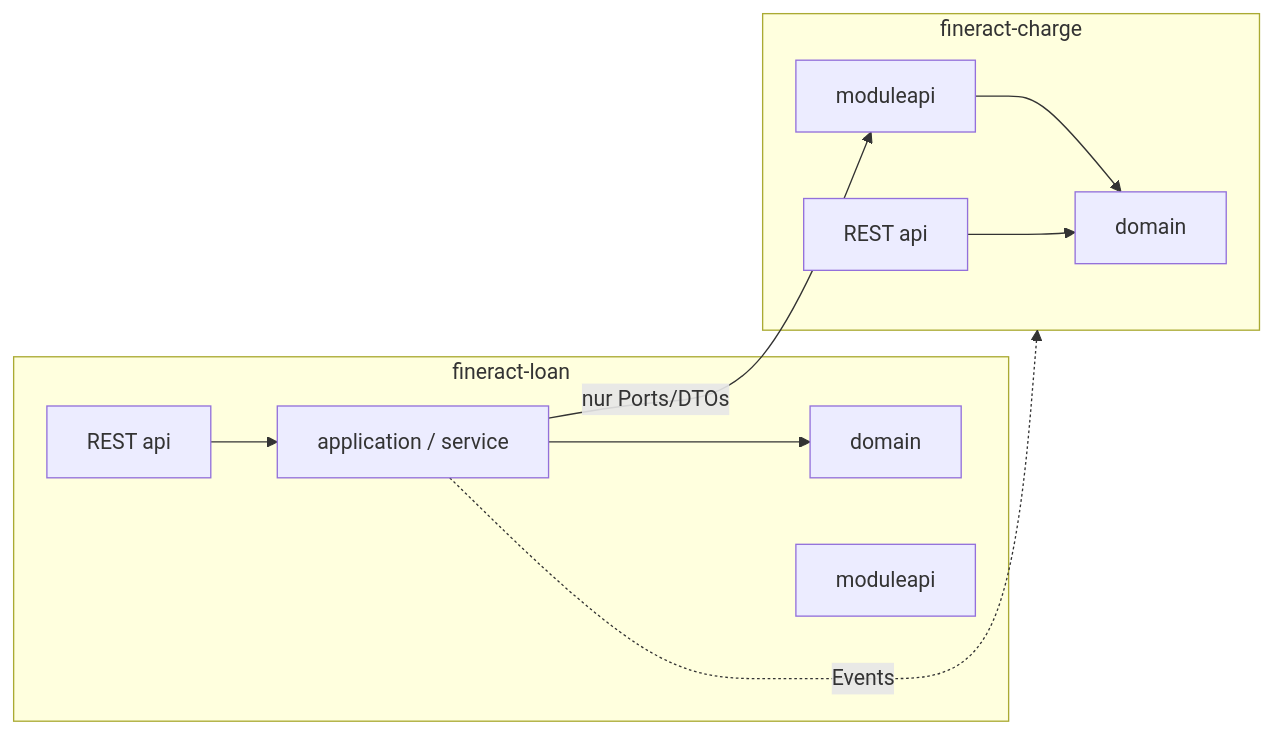
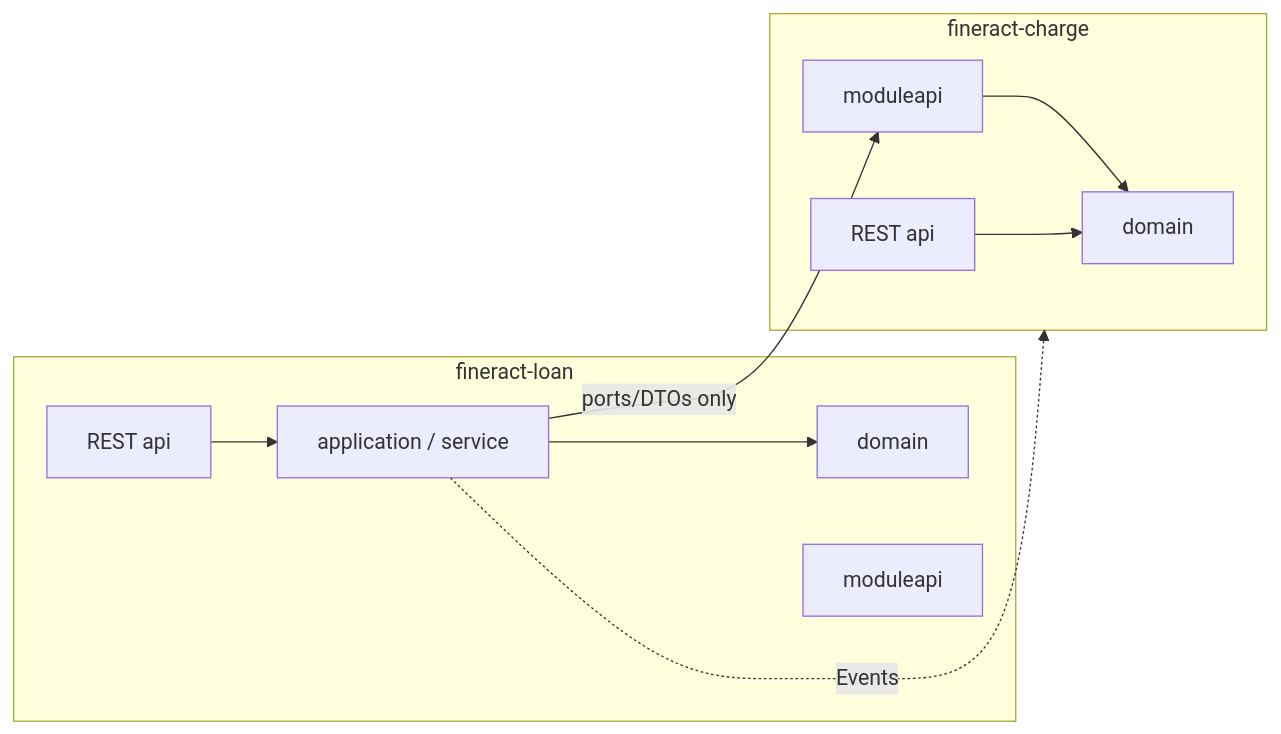
One commit to RainerMaxWallscheid/fineract-osgi changed the diagram in docs/arc42/14_module_api_boundaries.md. Above: the diagram before and after it, drawn with Mermaid. The commit also changed other lines of this file and 38 other files, not shown here.

````diff
--- a/docs/arc42/14_module_api_boundaries.md
+++ b/docs/arc42/14_module_api_boundaries.md
@@ -20,20 +20,20 @@
 ```mermaid
 flowchart LR
   subgraph LoanMod["fineract-loan"]
     LDom[domain]
     LApp[application / service]
     LRest[REST api]
     LModApi[moduleapi]
   end
   subgraph ChargeMod["fineract-charge"]
     CDom[domain]
     CModApi[moduleapi]
     CRest[REST api]
   end
   LApp --> LDom
   LRest --> LApp
-  LApp -->|nur Ports/DTOs| CModApi
+  LApp -->|ports/DTOs only| CModApi
   CModApi --> CDom
   CRest --> CDom
   LApp -.->|Events| ChargeMod
 ```
````
